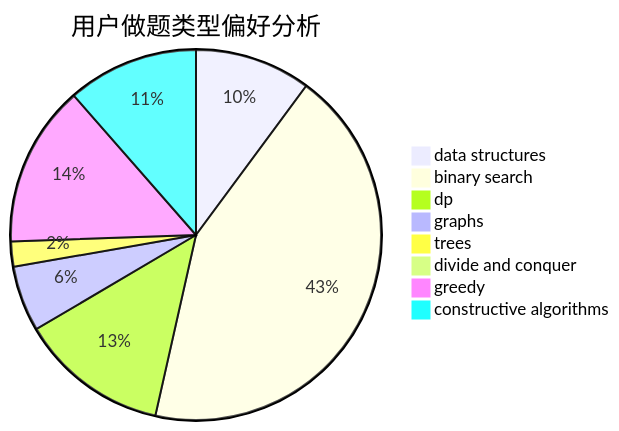
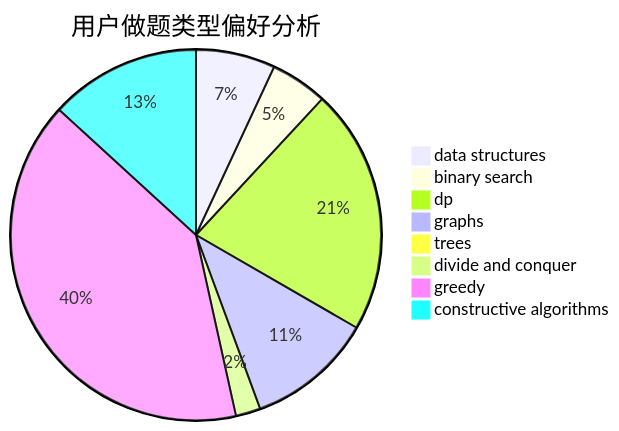
Before and after one commit to sherpahu/cfrs.github.io: the second of 3 diagrams in docs/user/u2087.md, drawn with Mermaid. The commit also changed other lines of this file and 2770 other files, not shown here.

````diff
--- a/docs/user/u2087.md
+++ b/docs/user/u2087.md
@@ -23,11 +23,11 @@
 ```mermaid
 pie title 用户做题类型偏好分析
-    "data structures" :  46
-    "binary search" :  197
-    "dp" :  59
-    "graphs" :  26
-    "trees" :  10
-    "divide and conquer" :  3
-    "greedy" :  64
-    "constructive algorithms" :  52
+    "data structures" :  32
+    "binary search" :  23
+    "dp" :  99
+    "graphs" :  51
+    "trees" :  0
+    "divide and conquer" :  10
+    "greedy" :  186
+    "constructive algorithms" :  61
 ```
````
